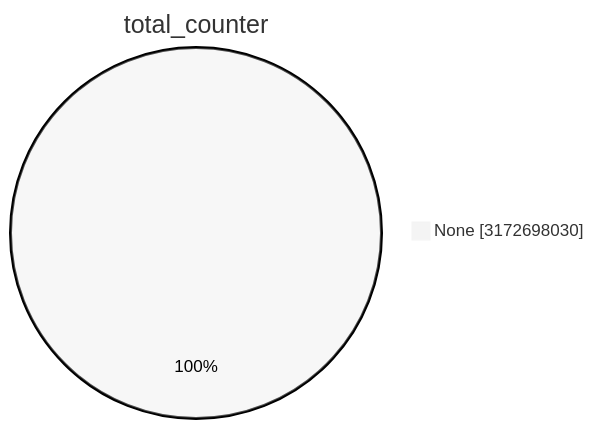
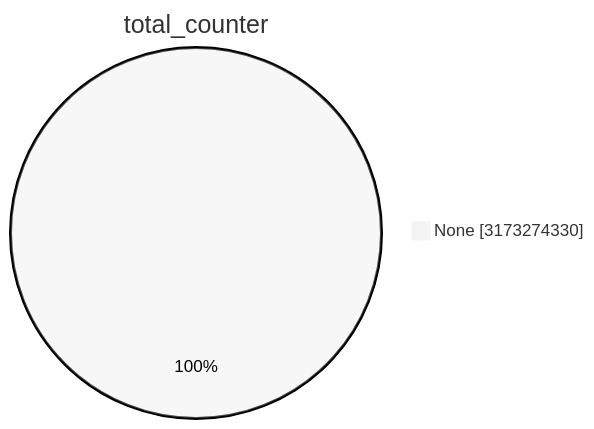
One commit to christiankrug/ctmonitor_visualization changed the first of 15 diagrams in TOTAL/README.md. Above: the diagram before and after it, drawn with Mermaid (neutral theme). The commit also changed other lines of this file, not shown here.

````diff
--- a/TOTAL/README.md
+++ b/TOTAL/README.md
@@ -1,5 +1,5 @@
 ```mermaid
 pie showData
 title total_counter
-"None" :3172698030
+"None" :3173274330
 ```
````
